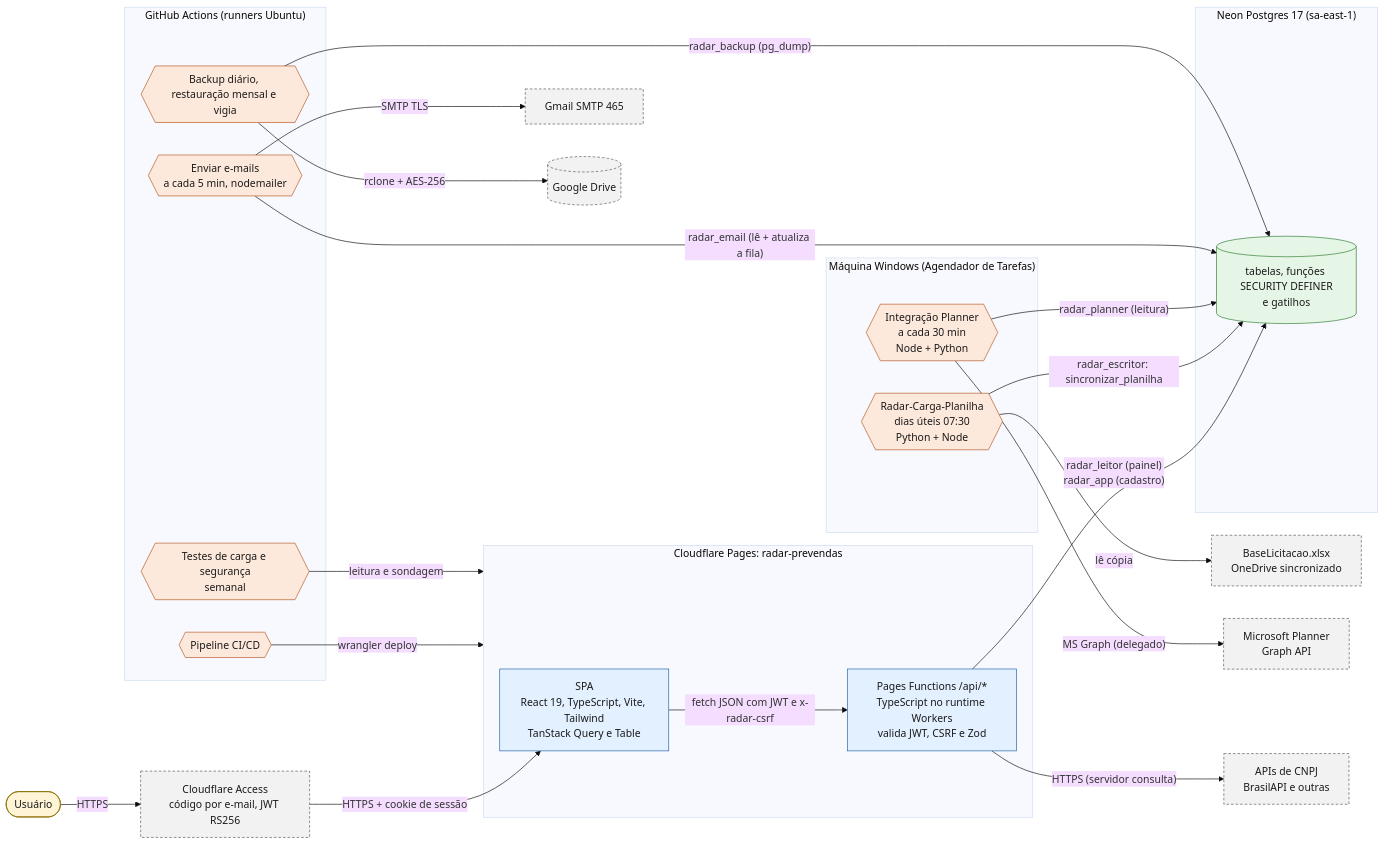
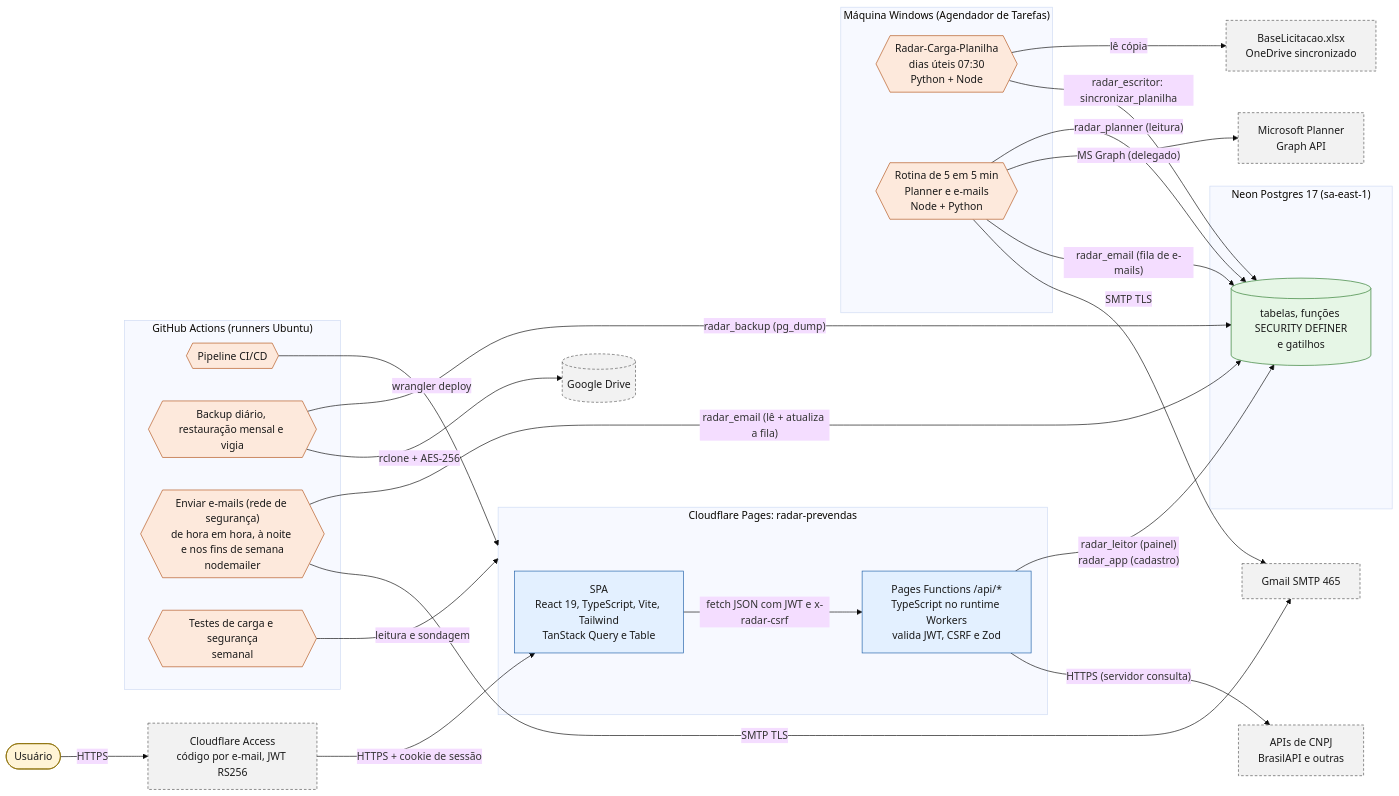
Before and after one commit to agentanalisedegoverno-svg/dashboard-metrics-team: the third of 22 diagrams in docs/DIAGRAMAS.md, drawn with Mermaid (base theme). The commit also changed other lines of this file and 15 other files, not shown here.

First line of the commit message:
feat: ciclo do Planner de 5 em 5 minutos e e-mail na mesma rotina da máquina

````diff
--- a/docs/DIAGRAMAS.md
+++ b/docs/DIAGRAMAS.md
@@ -96,53 +96,55 @@
 ```mermaid
 flowchart LR
   classDef pessoa fill:#fff4d6,stroke:#8a6d00,color:#1a1a1a
   classDef interno fill:#e3f0ff,stroke:#1f5fa8,color:#1a1a1a
   classDef externo fill:#f2f2f2,stroke:#555555,stroke-dasharray:4 3,color:#1a1a1a
   classDef dados fill:#e6f6e6,stroke:#2d7a2d,color:#1a1a1a
   classDef agenda fill:#fde9dc,stroke:#b4561d,color:#1a1a1a
 
   U(["Usuário"]):::pessoa
   ACC["Cloudflare Access<br/>código por e-mail, JWT RS256"]:::externo
 
   subgraph cf["Cloudflare Pages: radar-prevendas"]
     SPA["SPA<br/>React 19, TypeScript, Vite, Tailwind<br/>TanStack Query e Table"]:::interno
     API["Pages Functions /api/*<br/>TypeScript no runtime Workers<br/>valida JWT, CSRF e Zod"]:::interno
   end
 
   subgraph neon["Neon Postgres 17 (sa-east-1)"]
     DB[("tabelas, funções SECURITY DEFINER<br/>e gatilhos")]:::dados
   end
 
   subgraph win["Máquina Windows (Agendador de Tarefas)"]
     CARGA{{"Radar-Carga-Planilha<br/>dias úteis 07:30<br/>Python + Node"}}:::agenda
-    PLN{{"Integração Planner<br/>a cada 30 min<br/>Node + Python"}}:::agenda
+    PLN{{"Rotina de 5 em 5 min<br/>Planner e e-mails<br/>Node + Python"}}:::agenda
   end
 
   subgraph gh["GitHub Actions (runners Ubuntu)"]
     WF{{"Pipeline CI/CD"}}:::agenda
     BKP{{"Backup diário, restauração mensal e vigia"}}:::agenda
-    MAIL{{"Enviar e-mails<br/>a cada 5 min, nodemailer"}}:::agenda
+    MAIL{{"Enviar e-mails (rede de segurança)<br/>de hora em hora, à noite e nos fins de semana<br/>nodemailer"}}:::agenda
     NF{{"Testes de carga e segurança<br/>semanal"}}:::agenda
   end
 
   XLS["BaseLicitacao.xlsx<br/>OneDrive sincronizado"]:::externo
   PL["Microsoft Planner<br/>Graph API"]:::externo
   GM["Gmail SMTP 465"]:::externo
   RC["APIs de CNPJ<br/>BrasilAPI e outras"]:::externo
   DRV[("Google Drive")]:::externo
 
   U -->|"HTTPS"| ACC -->|"HTTPS + cookie de sessão"| SPA
   SPA -->|"fetch JSON com JWT e x-radar-csrf"| API
   API -->|"radar_leitor (painel)<br/>radar_app (cadastro)"| DB
   API -->|"HTTPS (servidor consulta)"| RC
   CARGA -->|"lê cópia"| XLS
   CARGA -->|"radar_escritor: sincronizar_planilha"| DB
   PLN -->|"radar_planner (leitura)"| DB
   PLN -->|"MS Graph (delegado)"| PL
+  PLN -->|"radar_email (fila de e-mails)"| DB
+  PLN -->|"SMTP TLS"| GM
   MAIL -->|"radar_email (lê + atualiza a fila)"| DB
   MAIL -->|"SMTP TLS"| GM
   BKP -->|"radar_backup (pg_dump)"| DB
   BKP -->|"rclone + AES-256"| DRV
   WF -->|"wrangler deploy"| cf
   NF -->|"leitura e sondagem"| cf
 ```
````
